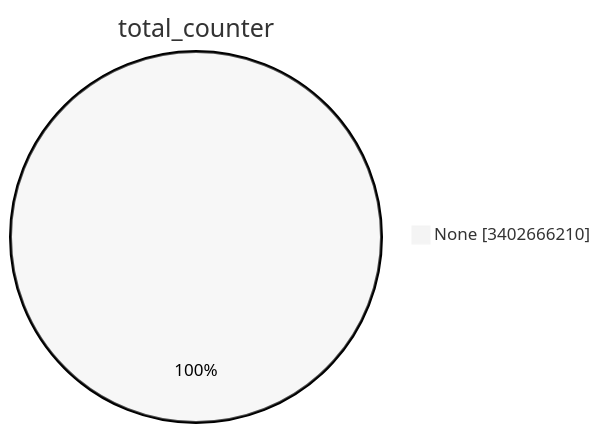
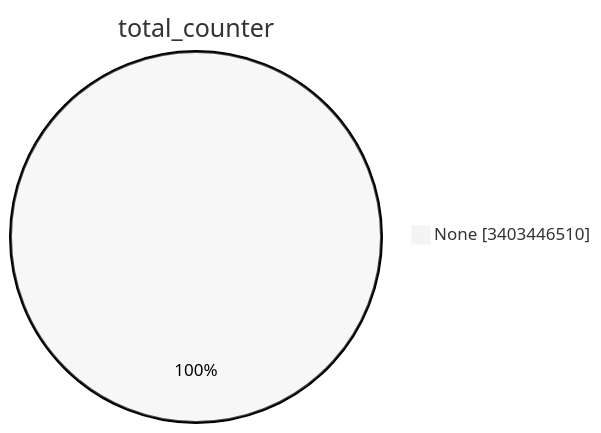
The first of 15 diagrams in TOTAL/README.md (christiankrug/ctmonitor_visualization), drawn with Mermaid (neutral theme) before and after one commit. The commit also changed other lines of this file, not shown here.

````diff
--- a/TOTAL/README.md
+++ b/TOTAL/README.md
@@ -1,5 +1,5 @@
 ```mermaid
 pie showData
 title total_counter
-"None" :3402666210
+"None" :3403446510
 ```
````
